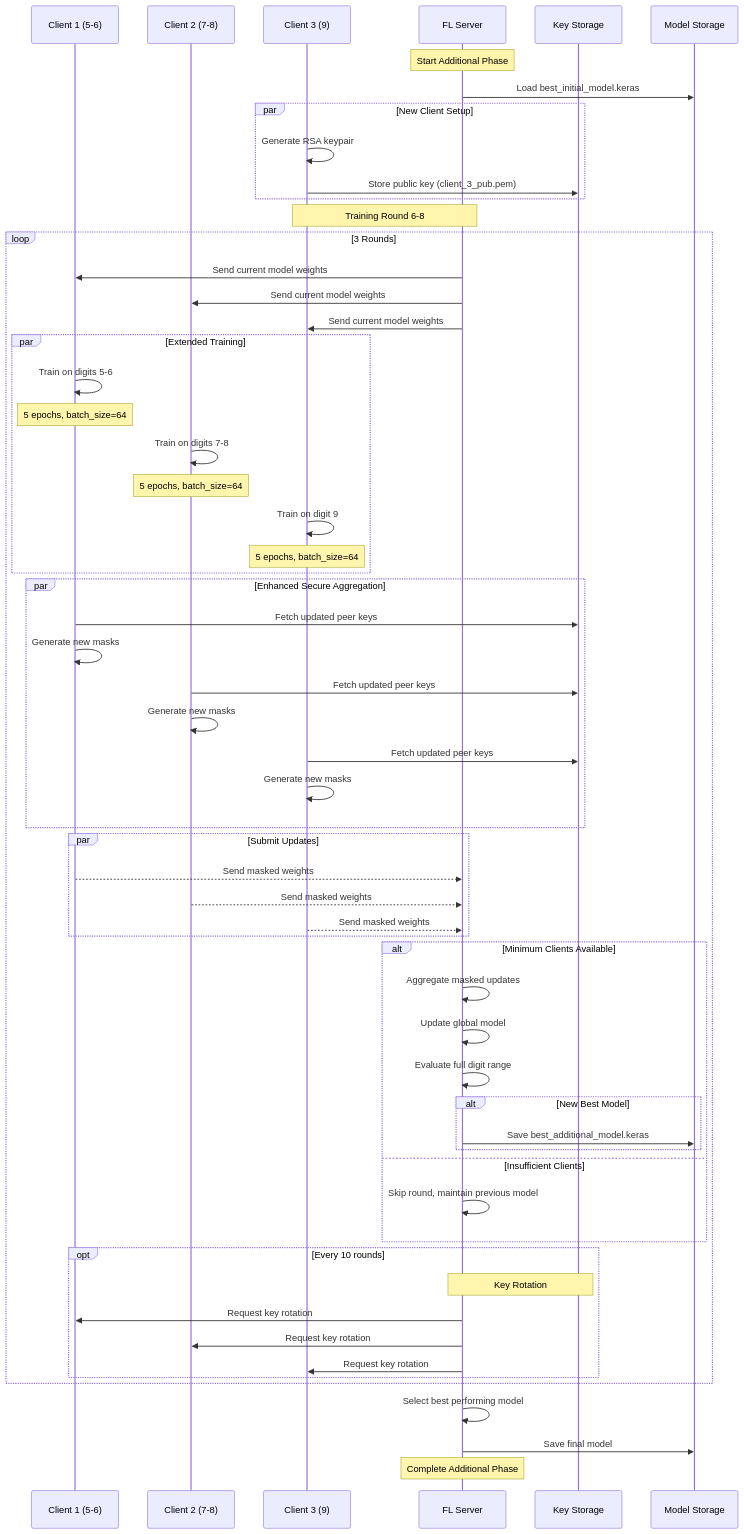
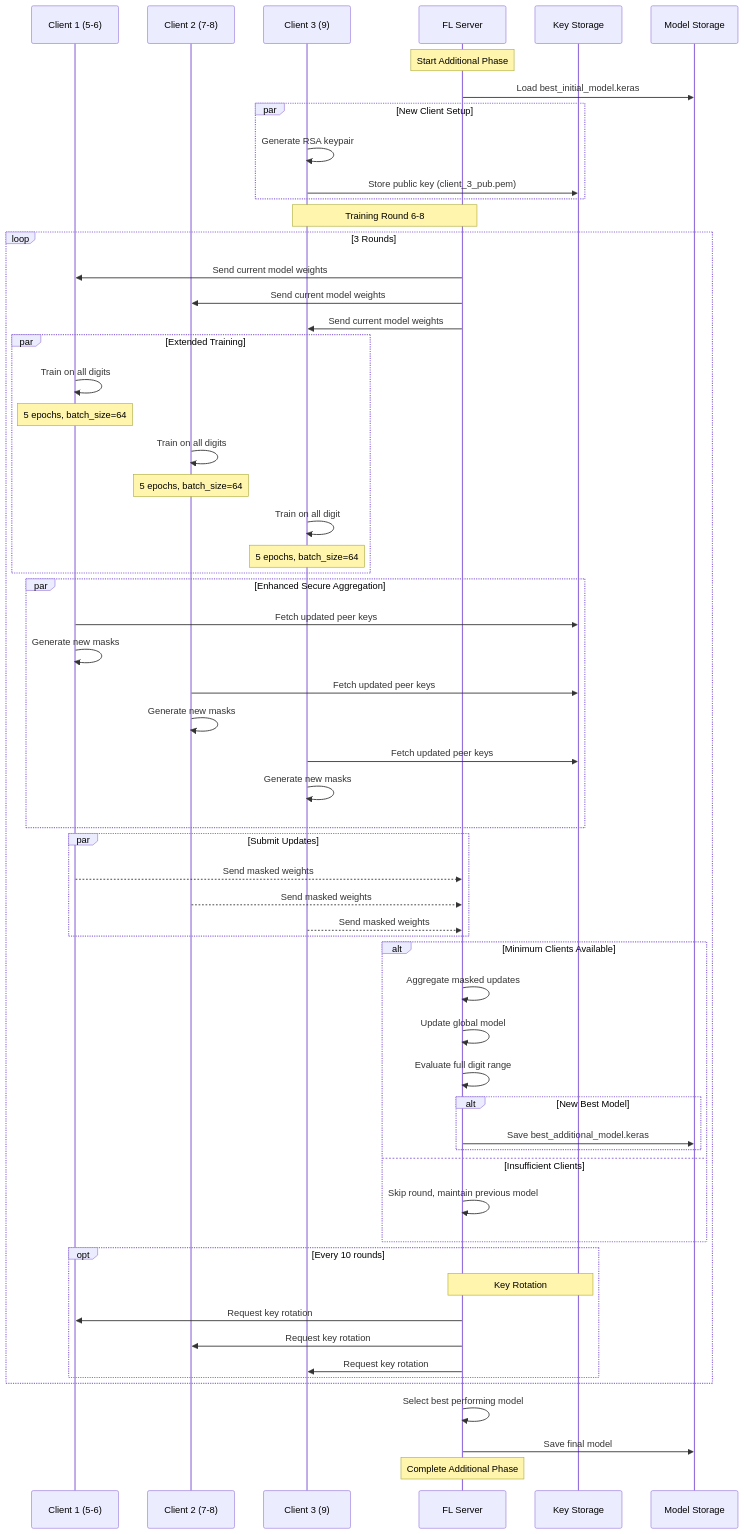
The diagram in ADDITIONAL_PHASE.md (tranlybuu/Federated-Learning), drawn with Mermaid before and after one commit.

````diff
--- a/ADDITIONAL_PHASE.md
+++ b/ADDITIONAL_PHASE.md
@@ -1,70 +1,70 @@
 ```mermaid
 sequenceDiagram
     participant C1 as Client 1 (5-6)
     participant C2 as Client 2 (7-8)
     participant C3 as Client 3 (9)
     participant S as FL Server
     participant KS as Key Storage
     participant MS as Model Storage
 
     Note over S: Start Additional Phase
     S->>MS: Load best_initial_model.keras
     
     par New Client Setup
         C3->>C3: Generate RSA keypair
         C3->>KS: Store public key (client_3_pub.pem)
     end
 
     Note over S,C3: Training Round 6-8
     loop 3 Rounds
         S->>C1: Send current model weights
         S->>C2: Send current model weights
         S->>C3: Send current model weights
         
         par Extended Training
-            C1->>C1: Train on digits 5-6
+            C1->>C1: Train on all digits
             Note over C1: 5 epochs, batch_size=64
-            C2->>C2: Train on digits 7-8
+            C2->>C2: Train on all digits
             Note over C2: 5 epochs, batch_size=64
-            C3->>C3: Train on digit 9
+            C3->>C3: Train on all digit
             Note over C3: 5 epochs, batch_size=64
         end
 
         par Enhanced Secure Aggregation
             C1->>KS: Fetch updated peer keys
             C1->>C1: Generate new masks
             C2->>KS: Fetch updated peer keys
             C2->>C2: Generate new masks
             C3->>KS: Fetch updated peer keys
             C3->>C3: Generate new masks
         end
 
         par Submit Updates
             C1-->>S: Send masked weights
             C2-->>S: Send masked weights
             C3-->>S: Send masked weights
         end
 
         alt Minimum Clients Available
             S->>S: Aggregate masked updates
             S->>S: Update global model
             S->>S: Evaluate full digit range
             alt New Best Model
                 S->>MS: Save best_additional_model.keras
             end
         else Insufficient Clients
             S->>S: Skip round, maintain previous model
         end
 
         opt Every 10 rounds
             Note over S,KS: Key Rotation
             S->>C1: Request key rotation
             S->>C2: Request key rotation
             S->>C3: Request key rotation
         end
     end
 
     S->>S: Select best performing model
     S->>MS: Save final model
     Note over S: Complete Additional Phase
 ```
````
